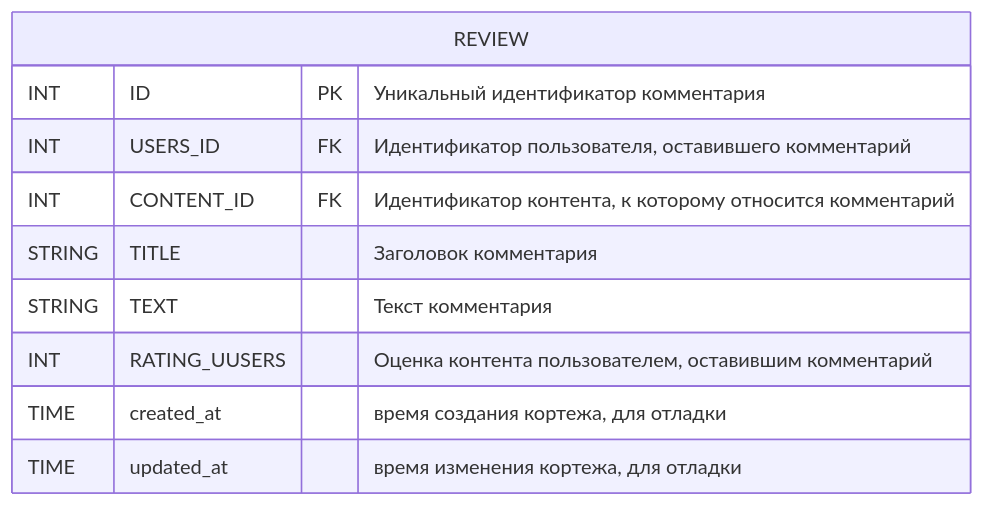
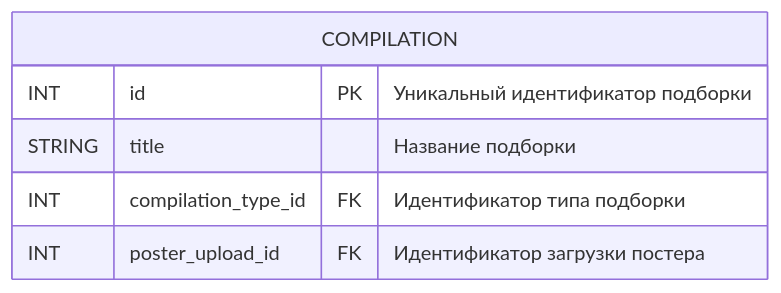
One commit to go-park-mail-ru/2024_1_Cyberkotletki changed the tenth of 15 diagrams in db/normalized/relations.md. Above: the diagram before and after it, drawn with Mermaid. The commit also changed other lines of this file and 3 other files, not shown here.

````diff
--- a/db/normalized/relations.md
+++ b/db/normalized/relations.md
@@ -410,13 +262,9 @@
 ```mermaid
 erDiagram
-    REVIEW {
-        INT ID PK "Уникальный идентификатор комментария"
-        INT USERS_ID FK "Идентификатор пользователя, оставившего комментарий"
-        INT CONTENT_ID FK "Идентификатор контента, к которому относится комментарий"
-        STRING TITLE "Заголовок комментария"
-        STRING TEXT "Текст комментария"
-        INT RATING_UUSERS "Оценка контента пользователем, оставившим комментарий"
-        TIME created_at "время создания кортежа, для отладки"
-        TIME updated_at "время изменения кортежа, для отладки"
+    COMPILATION {
+        INT id PK "Уникальный идентификатор подборки"
+        STRING title "Название подборки"
+        INT compilation_type_id FK "Идентификатор типа подборки"
+        INT poster_upload_id FK "Идентификатор загрузки постера"
     }
 ```
````
